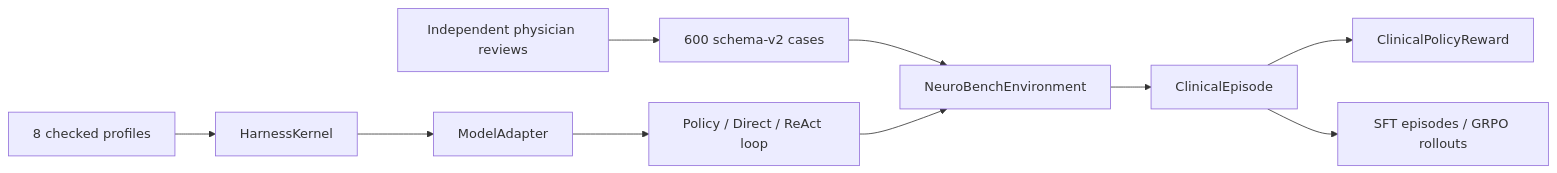
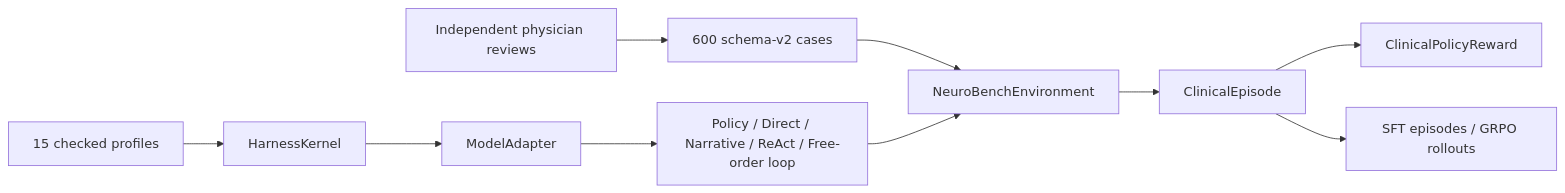
Before and after one commit to Prot10/medical-agents: the diagram in docs/architecture.md, drawn with Mermaid. The commit also changed other lines of this file and 157 other files, not shown here.

````diff
--- a/docs/architecture.md
+++ b/docs/architecture.md
@@ -9,12 +9,12 @@
 ```mermaid
 flowchart LR
   Cases["600 schema-v2 cases"] --> Env["NeuroBenchEnvironment"]
-  Profiles["8 checked profiles"] --> Kernel["HarnessKernel"]
+  Profiles["15 checked profiles"] --> Kernel["HarnessKernel"]
   Kernel --> Adapter["ModelAdapter"]
-  Adapter --> Loop["Policy / Direct / ReAct loop"]
+  Adapter --> Loop["Policy / Direct / Narrative / ReAct / Free-order loop"]
   Loop --> Env
   Env --> Episode["ClinicalEpisode"]
   Episode --> Reward["ClinicalPolicyReward"]
   Episode --> Training["SFT episodes / GRPO rollouts"]
   Reviews["Independent physician reviews"] --> Cases
 ```
````
